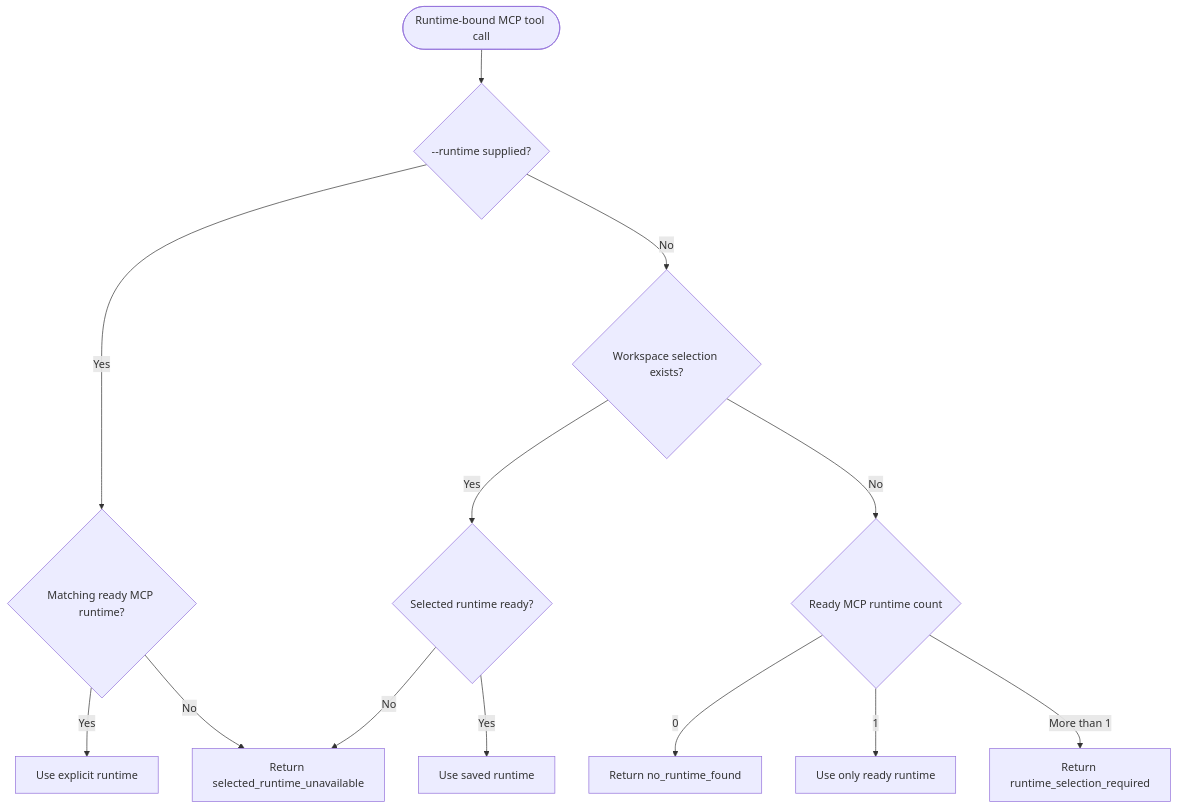
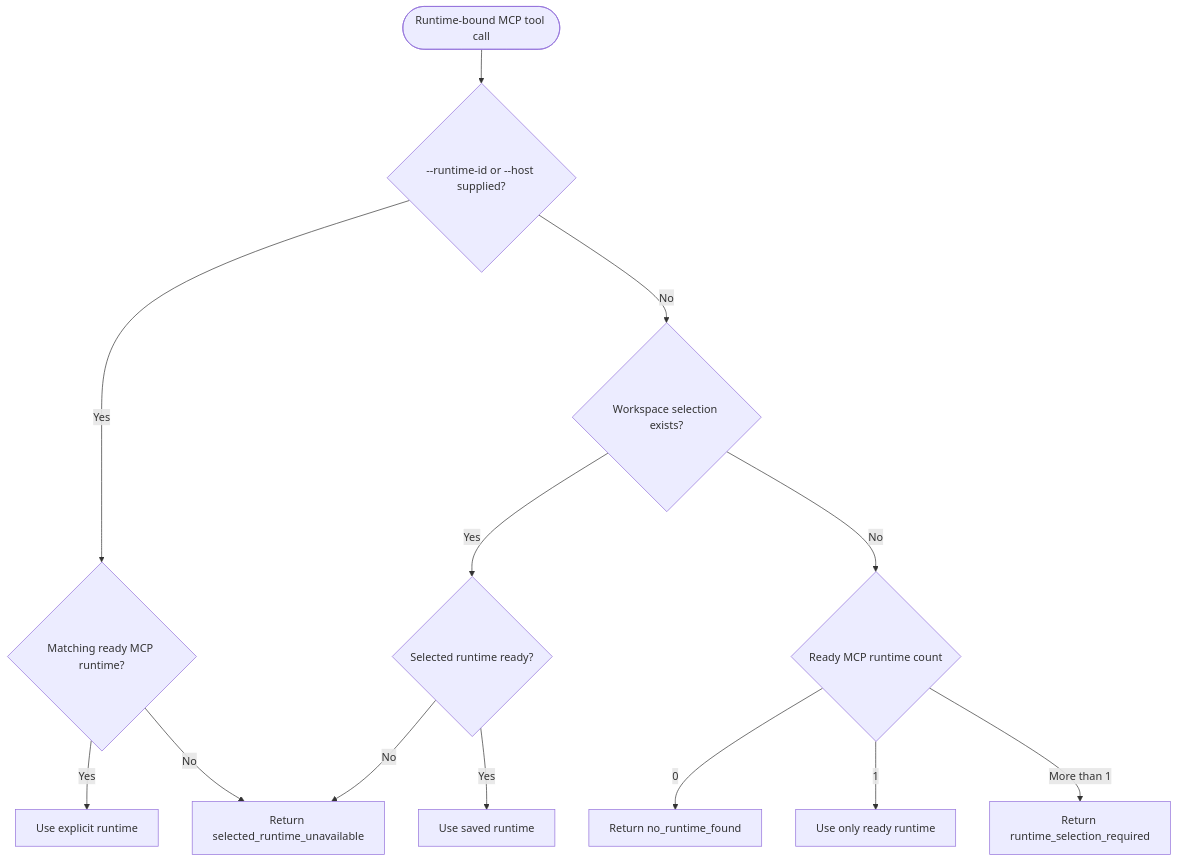
One commit to BridgingIT-GmbH/bITdevKit changed the sixth of 6 diagrams in docs/features-cli.md. Above: the diagram before and after it, drawn with Mermaid. The commit also changed other lines of this file and 62 other files, not shown here.

````diff
--- a/docs/features-cli.md
+++ b/docs/features-cli.md
@@ -463,28 +523,28 @@
 ```mermaid
 flowchart TD
     Start([Runtime-bound MCP tool call])
-    Explicit{--runtime supplied?}
+    Explicit{--runtime-id or --host supplied?}
     ExplicitReady{Matching ready MCP runtime?}
     Saved{Workspace selection exists?}
     SavedReady{Selected runtime ready?}
     Count{Ready MCP runtime count}
     UseExplicit[Use explicit runtime]
     UseSaved[Use saved runtime]
     UseOnly[Use only ready runtime]
     SelectionRequired[Return runtime_selection_required]
     NoRuntime[Return no_runtime_found]
     SelectedUnavailable[Return selected_runtime_unavailable]
 
     Start --> Explicit
     Explicit -->|Yes| ExplicitReady
     ExplicitReady -->|Yes| UseExplicit
     ExplicitReady -->|No| SelectedUnavailable
     Explicit -->|No| Saved
     Saved -->|Yes| SavedReady
     SavedReady -->|Yes| UseSaved
     SavedReady -->|No| SelectedUnavailable
     Saved -->|No| Count
     Count -->|0| NoRuntime
     Count -->|1| UseOnly
     Count -->|More than 1| SelectionRequired
 ```
````
